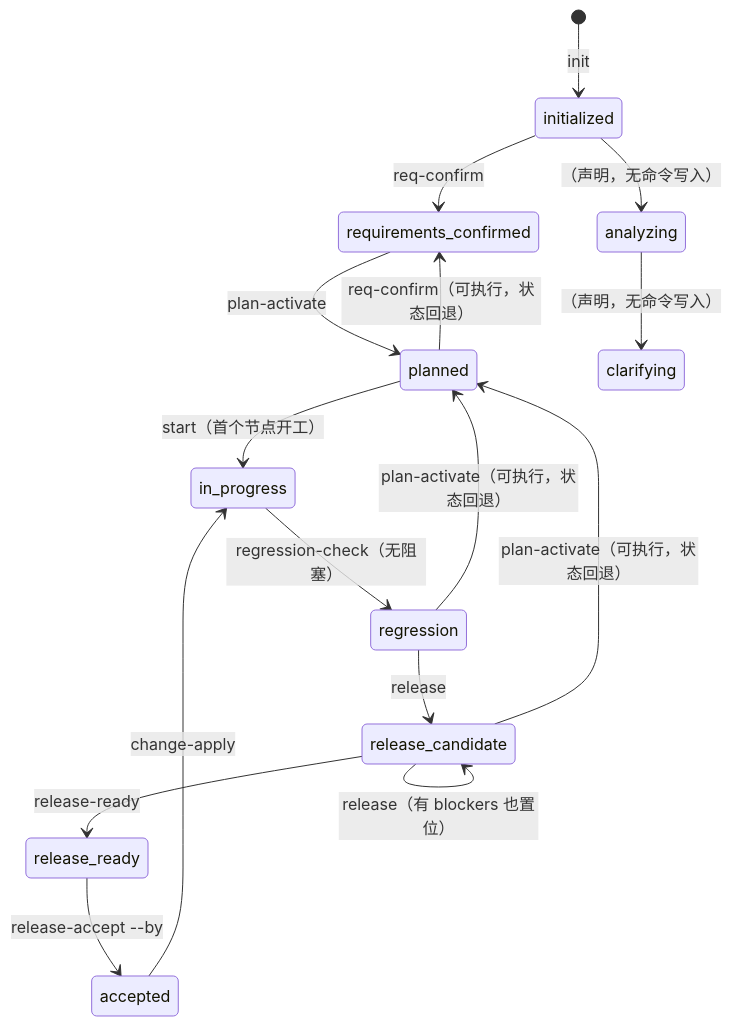
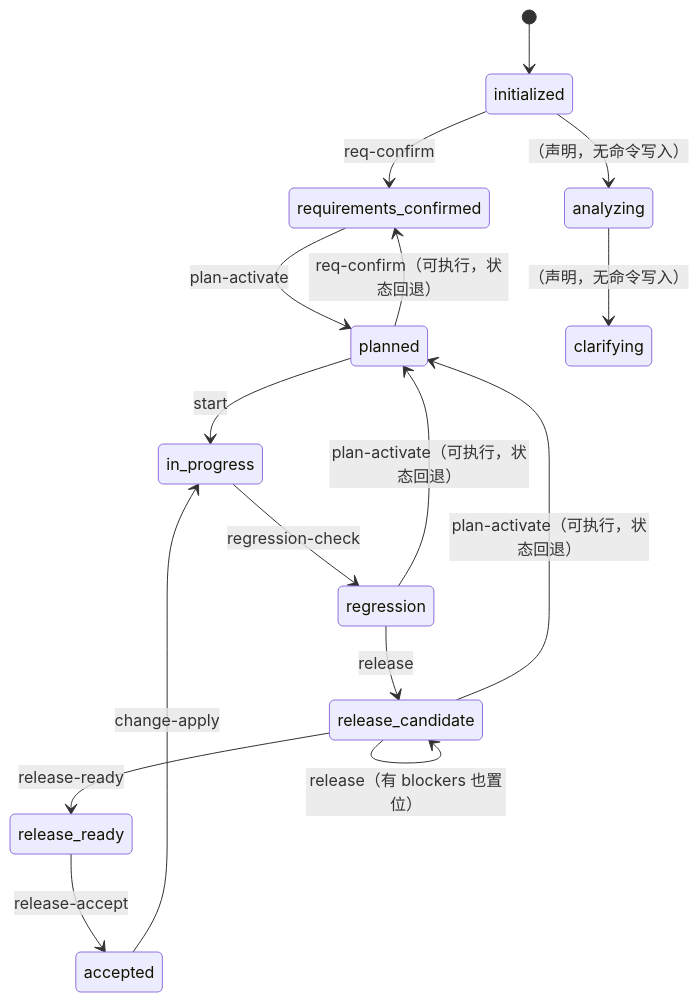
The fourth of 13 diagrams in architecture-review/03-lifecycle-and-state-machines.md (gagmandev/DevFlow), drawn with Mermaid before and after one commit. The commit also changed other lines of this file and 8 other files, not shown here.

````diff
--- a/architecture-review/03-lifecycle-and-state-machines.md
+++ b/architecture-review/03-lifecycle-and-state-machines.md
@@ -124,18 +141,18 @@
 ```mermaid
 stateDiagram-v2
-  [*] --> initialized: init
+  [*] --> initialized
   initialized --> requirements_confirmed: req-confirm
   requirements_confirmed --> planned: plan-activate
-  planned --> in_progress: start（首个节点开工）
-  in_progress --> regression: regression-check（无阻塞）
+  planned --> in_progress: start
+  in_progress --> regression: regression-check
   regression --> release_candidate: release
   release_candidate --> release_ready: release-ready
-  release_ready --> accepted: release-accept --by
+  release_ready --> accepted: release-accept
   accepted --> in_progress: change-apply
   planned --> requirements_confirmed: req-confirm（可执行，状态回退）
   regression --> planned: plan-activate（可执行，状态回退）
   release_candidate --> planned: plan-activate（可执行，状态回退）
   release_candidate --> release_candidate: release（有 blockers 也置位）
   initialized --> analyzing: （声明，无命令写入）
   analyzing --> clarifying: （声明，无命令写入）
 ```
````
